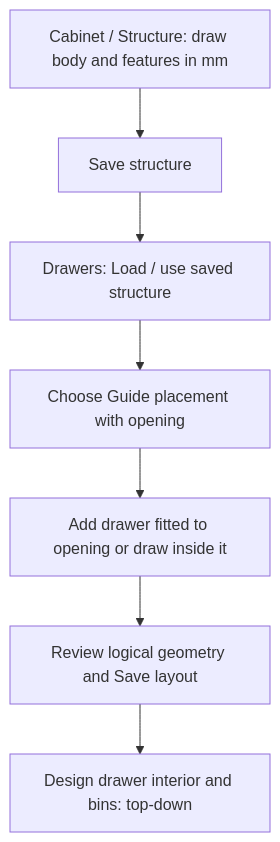
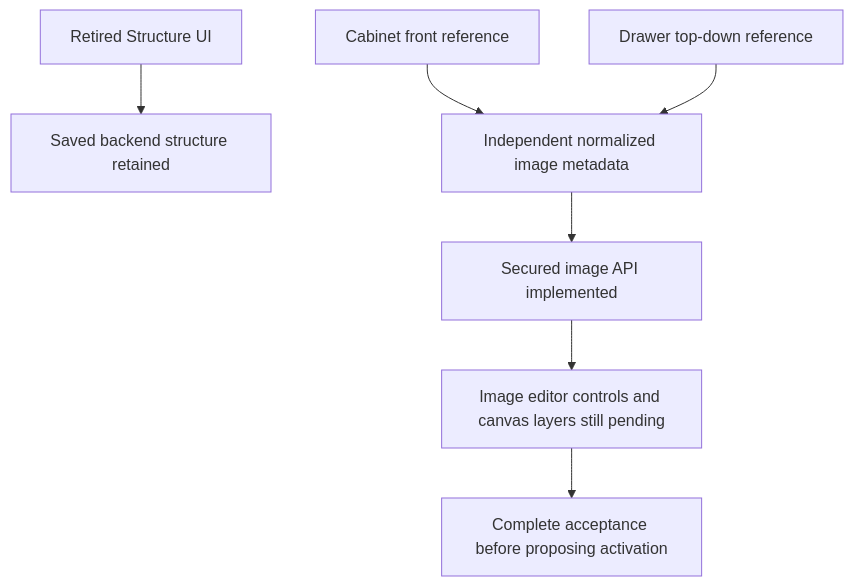
The second of 10 diagrams in docs/storage-layout/README.md (magicaussie/My-InvenTree), drawn with Mermaid before and after one commit. The commit also changed other lines of this file and 31 other files, not shown here.

Commit message:
Checkpoint 002J-Q: retire structure UI and secure background media API (image UI pending)

````diff
--- a/docs/storage-layout/README.md
+++ b/docs/storage-layout/README.md
@@ -48,9 +57,9 @@
 ```mermaid
 flowchart TD
-    A[Cabinet / Structure: draw body and features in mm] --> B[Save structure]
-    B --> C[Drawers: Load / use saved structure]
-    C --> D[Choose Guide placement with opening]
-    D --> E[Add drawer fitted to opening or draw inside it]
-    E --> F[Review logical geometry and Save layout]
-    F --> G[Design drawer interior and bins: top-down]
+    A[Retired Structure UI] --> B[Saved backend structure retained]
+    C[Cabinet front reference] --> D[Independent normalized image metadata]
+    E[Drawer top-down reference] --> D
+    D --> F[Secured image API implemented]
+    F --> G[Image editor controls and canvas layers still pending]
+    G --> H[Complete acceptance before proposing activation]
 ```
````
